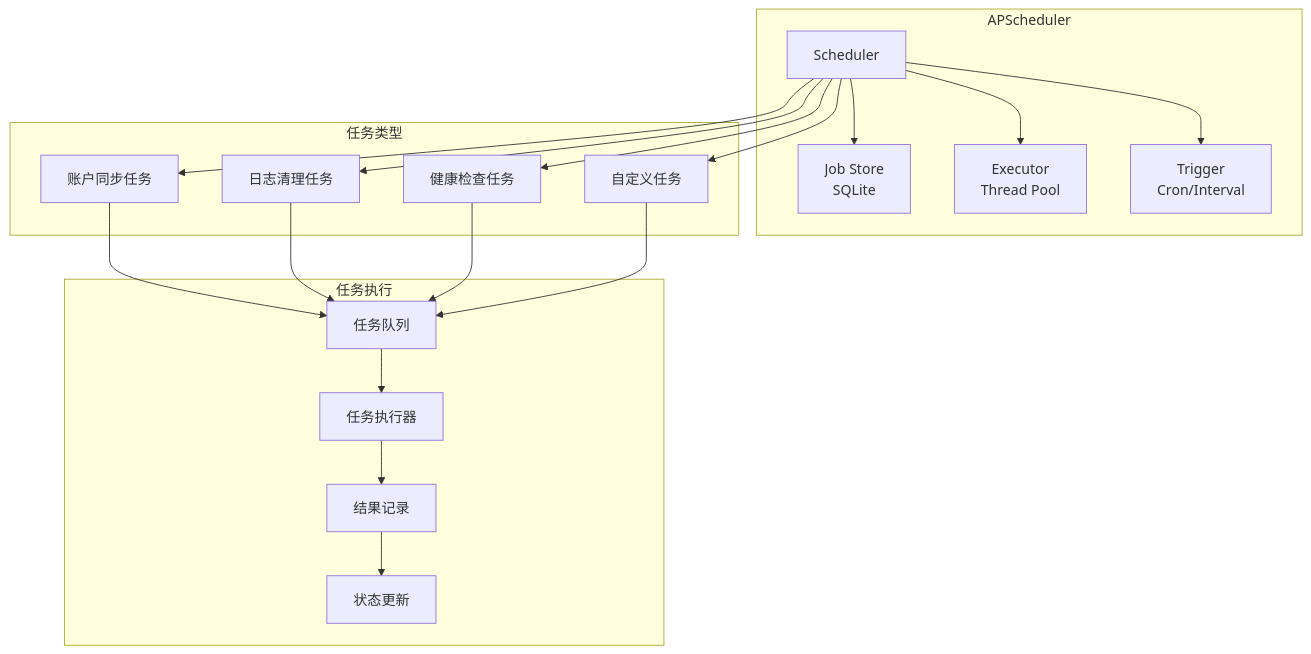
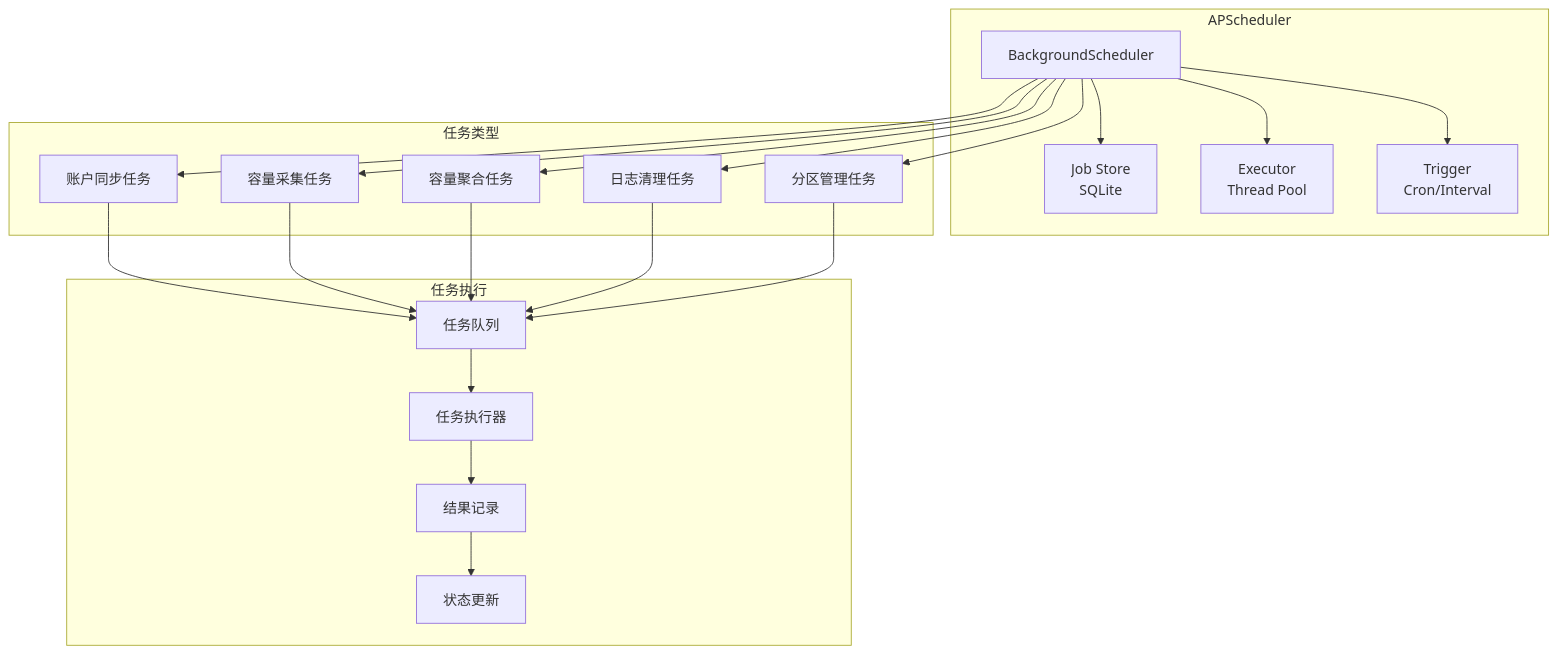
Before and after one commit to nyealovey/WhaleFall: the ninth of 11 diagrams in docs/architecture/spec.md, drawn with Mermaid. The commit also changed other lines of this file and 13 other files, not shown here.

````diff
--- a/docs/architecture/spec.md
+++ b/docs/architecture/spec.md
@@ -628,30 +752,33 @@
 ```mermaid
 graph TB
     subgraph "APScheduler"
-        A[Scheduler] --> B[Job Store<br/>SQLite]
+        A[BackgroundScheduler] --> B[Job Store<br/>SQLite]
         A --> C[Executor<br/>Thread Pool]
         A --> D[Trigger<br/>Cron/Interval]
     end
     
     subgraph "任务类型"
         E[账户同步任务]
-        F[日志清理任务]
-        G[健康检查任务]
-        H[自定义任务]
+        F[容量采集任务]
+        G[容量聚合任务]
+        H[日志清理任务]
+        I[分区管理任务]
     end
     
     subgraph "任务执行"
-        I[任务队列] --> J[任务执行器]
-        J --> K[结果记录]
-        K --> L[状态更新]
+        J[任务队列] --> K[任务执行器]
+        K --> L[结果记录]
+        L --> M[状态更新]
     end
     
     A --> E
     A --> F
     A --> G
     A --> H
-    E --> I
-    F --> I
-    G --> I
-    H --> I
+    A --> I
+    E --> J
+    F --> J
+    G --> J
+    H --> J
+    I --> J
 ```
````
